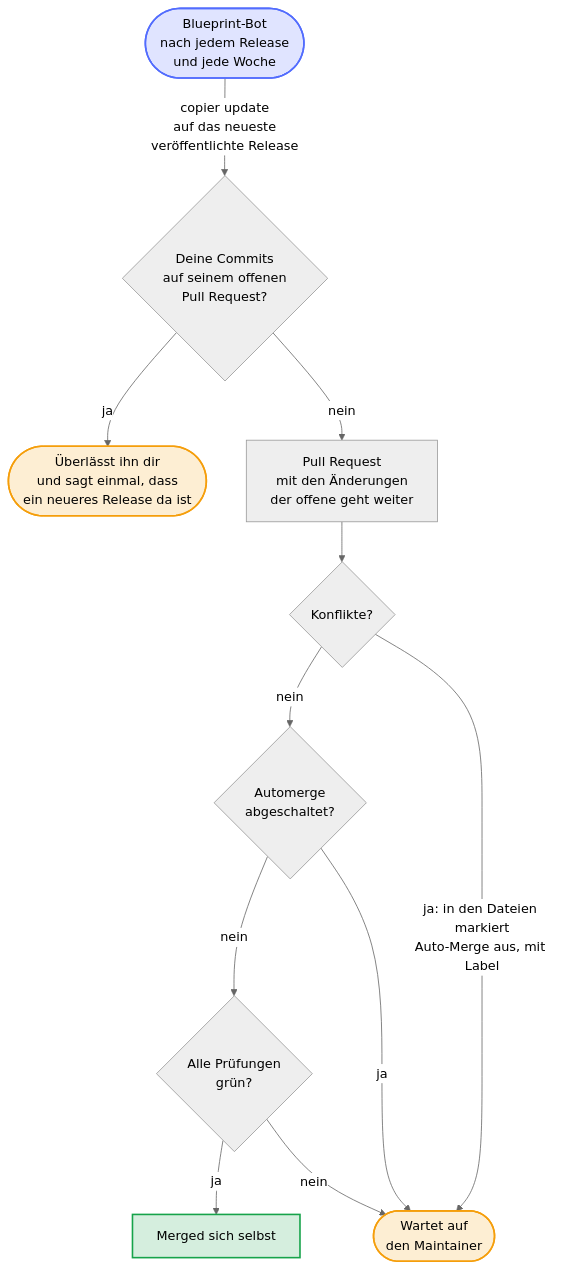
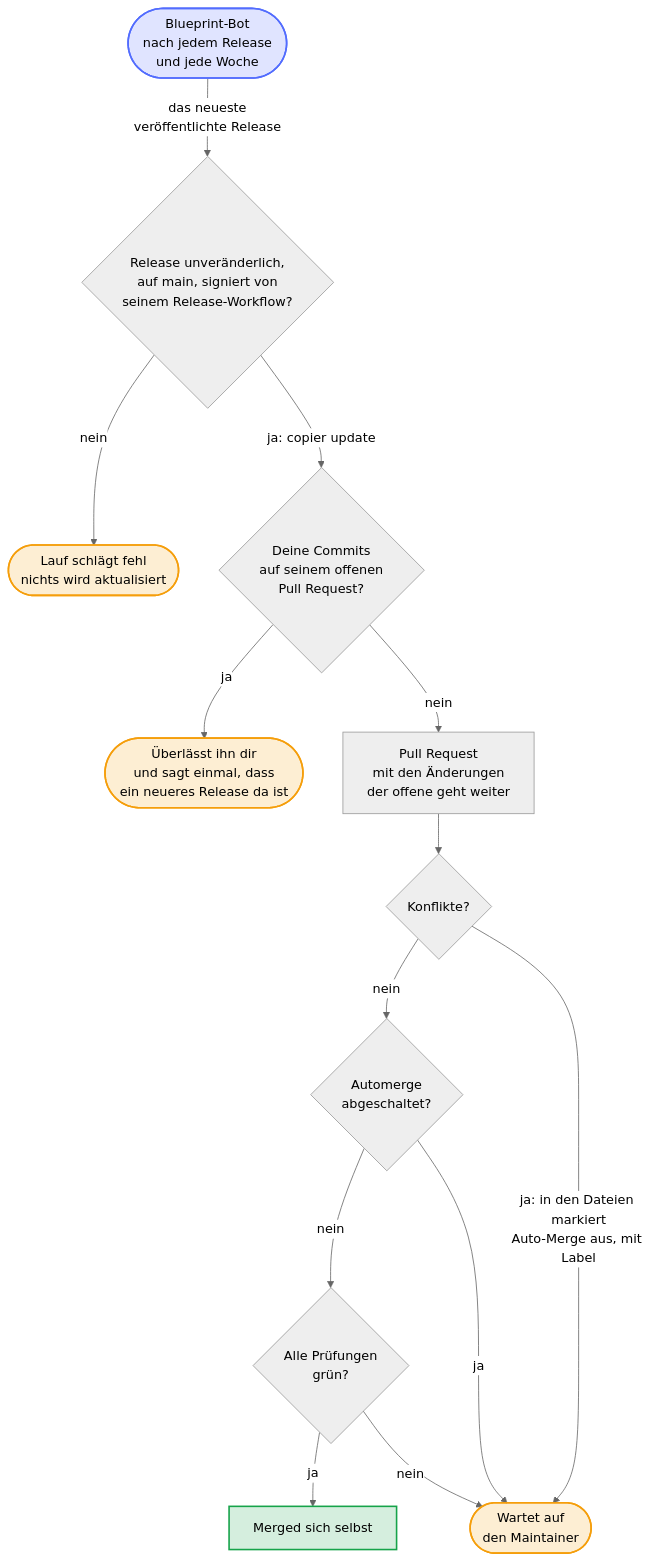
One commit to Dennis-Otto/repo-blueprint changed the diagram in docs/diagrams/how-an-update-of-the-blueprint-arrives.de.mmd. Above: the diagram before and after it, drawn with Mermaid (neutral theme). The commit also changed 30 other files, not shown here.

First line of the commit message:
fix(security): verify a blueprint release before updating to it, and let only the release app create release tags (#186)

```diff
--- a/docs/diagrams/how-an-update-of-the-blueprint-arrives.de.mmd
+++ b/docs/diagrams/how-an-update-of-the-blueprint-arrives.de.mmd
@@ -1,35 +1,39 @@
 ---
 config:
   flowchart:
     wrappingWidth: 400
 ---
 flowchart TB
     accTitle: Wie ein Update des Blueprints ankommt
-    accDescr: Gleich nach jedem Release des Blueprints, und jede Woche, führt der Blueprint-Bot copier update auf das neueste veröffentlichte Release aus. Ist sein Pull Request noch offen und hast du auf seinen Branch committet, überlässt der Bot dir den Branch und sagt einmal, dass ein neueres Release erschienen ist. Sonst öffnet er den Pull Request oder bringt den offenen auf das neue Release. Mit Konflikten, die Auto-Merge abschalten, oder mit BLUEPRINT_AUTOMERGE auf off, wartet er auf den Maintainer; sonst merged er sich selbst, sobald alle Prüfungen grün sind.
+    accDescr: Gleich nach jedem Release des Blueprints, und jede Woche, prüft der Blueprint-Bot zuerst das neueste veröffentlichte Release. Ein Release, das nicht unveränderlich ist, dessen Tag nicht auf dem main-Branch des Blueprints liegt oder das der Release-Workflow des Blueprints nicht signiert hat, lässt den Lauf fehlschlagen, und nichts wird aktualisiert. Sonst führt der Bot copier update auf dieses Release aus. Ist sein Pull Request noch offen und hast du auf seinen Branch committet, überlässt der Bot dir den Branch und sagt einmal, dass ein neueres Release erschienen ist. Sonst öffnet er den Pull Request oder bringt den offenen auf das neue Release. Mit Konflikten, die Auto-Merge abschalten, oder mit BLUEPRINT_AUTOMERGE auf off, wartet er auf den Maintainer; sonst merged er sich selbst, sobald alle Prüfungen grün sind.
 
     bot(["Blueprint-Bot<br>nach jedem Release<br>und jede Woche"])
+    verified{"Release unveränderlich,<br>auf main, signiert von<br>seinem Release-Workflow?"}
+    refused(["Lauf schlägt fehl<br>nichts wird aktualisiert"])
     yours{"Deine Commits<br>auf seinem offenen<br>Pull Request?"}
     note(["Überlässt ihn dir<br>und sagt einmal, dass<br>ein neueres Release da ist"])
     pr["Pull Request<br>mit den Änderungen<br>der offene geht weiter"]
     conflicts{"Konflikte?"}
     off{"Automerge<br>abgeschaltet?"}
     checks{"Alle Prüfungen<br>grün?"}
     merged["Merged sich selbst"]
     wait(["Wartet auf<br>den Maintainer"])
 
-    bot -- "copier update<br>auf das neueste<br>veröffentlichte Release" --> yours
+    bot -- "das neueste<br>veröffentlichte Release" --> verified
+    verified -- "nein" --> refused
+    verified -- "ja: copier update" --> yours
     yours -- "ja" --> note
     yours -- "nein" --> pr --> conflicts
     conflicts -- "nein" --> off
     off -- "nein" --> checks
     checks -- "ja" --> merged
     conflicts -- "ja: in den Dateien markiert<br>Auto-Merge aus, mit Label" --> wait
     off -- "ja" --> wait
     checks -- "nein" --> wait
 
     classDef bot fill:#526cfe2e,stroke:#526cfe,stroke-width:2px
     classDef person fill:#f59e0b2e,stroke:#f59e0b,stroke-width:2px
     classDef done fill:#16a34a2e,stroke:#16a34a,stroke-width:2px
     class bot bot
-    class wait,note person
+    class wait,note,refused person
     class merged done
```
